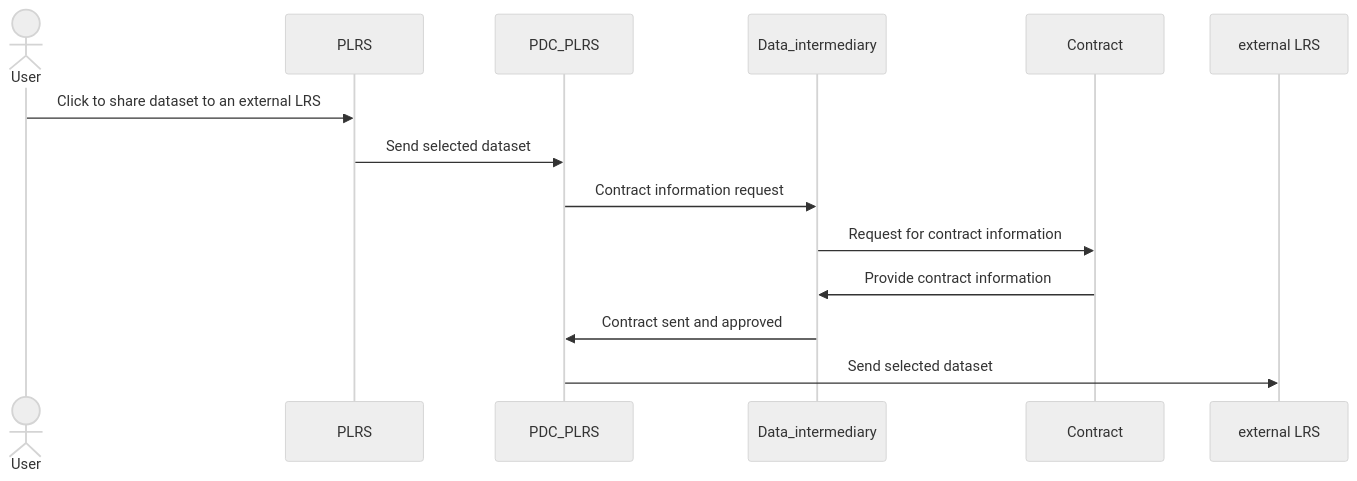
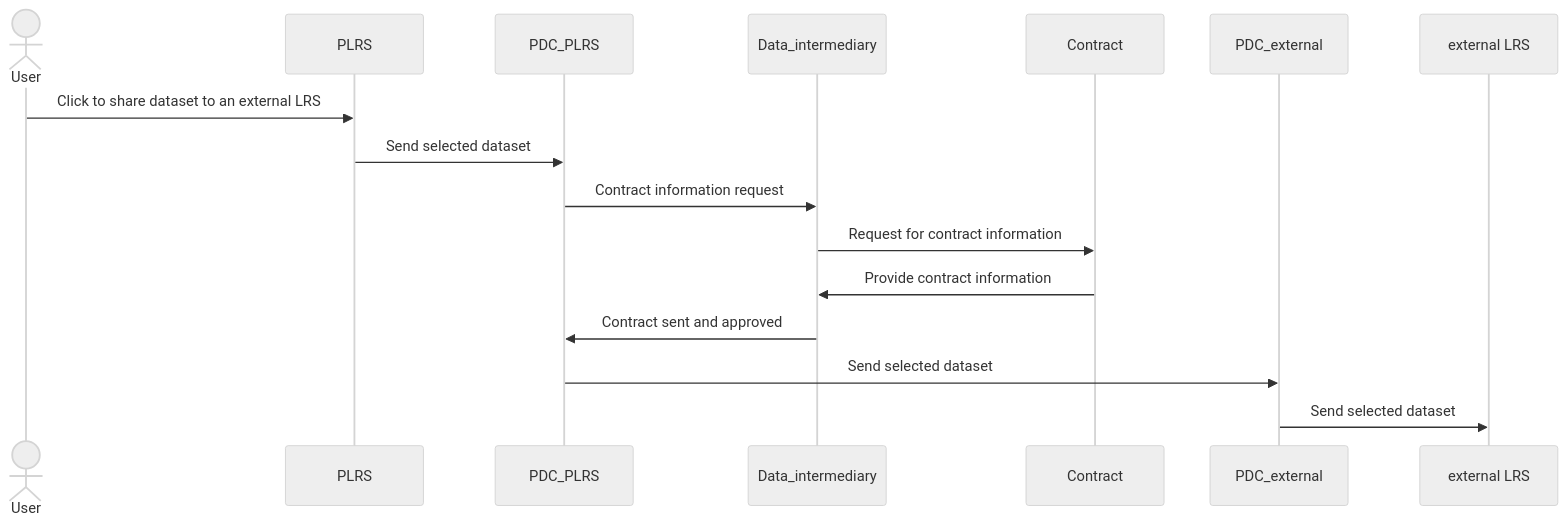
Before and after one commit to Prometheus-X-association/lrs-gateway: the fifth of 5 diagrams in docs/design-document.md, drawn with Mermaid (neutral theme). The commit also changed other lines of this file, not shown here.

````diff
--- a/docs/design-document.md
+++ b/docs/design-document.md
@@ -774,11 +768,12 @@
 ```mermaid
 sequenceDiagram
    actor User as User
    User->>PLRS: Click to share dataset to an external LRS
    PLRS->>PDC_PLRS: Send selected dataset
    PDC_PLRS->>Data_intermediary: Contract information request
    Data_intermediary->>Contract: Request for contract information
    Contract->>Data_intermediary: Provide contract information
    Data_intermediary->>PDC_PLRS: Contract sent and approved
-   PDC_PLRS->>external LRS: Send selected dataset
+   PDC_PLRS->>PDC_external: Send selected dataset
+   PDC_external->>external LRS: Send selected dataset
 ```
````
